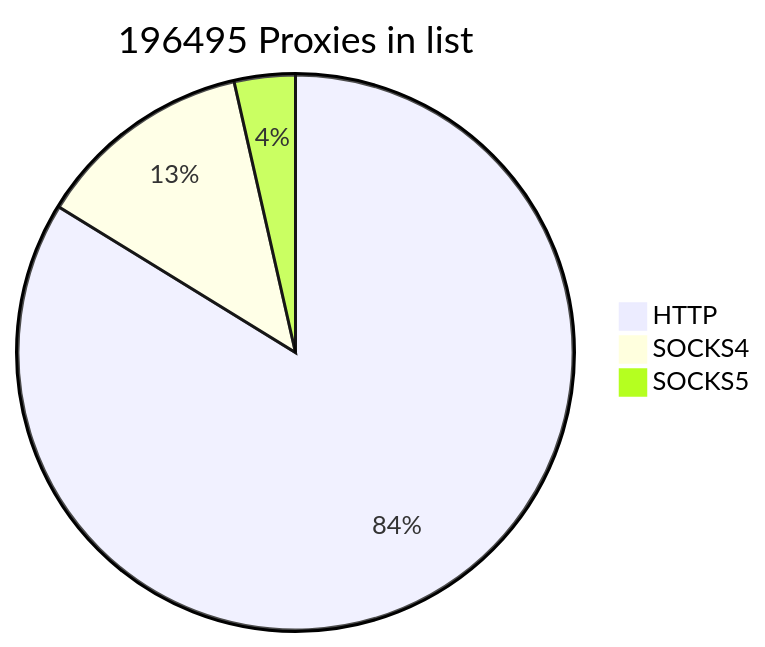
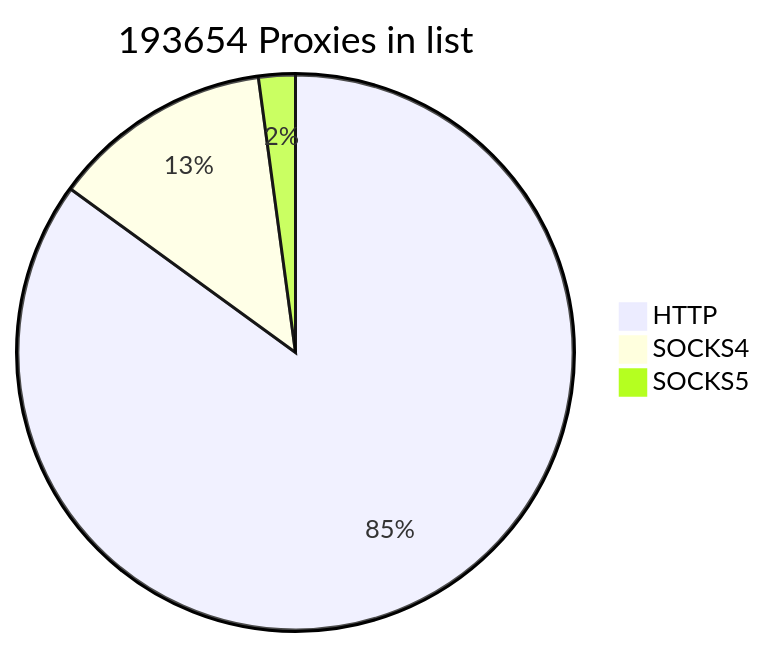
The first of 2 diagrams in README.md (cutipu/proxylist), drawn with Mermaid before and after one commit. The commit also changed other lines of this file, not shown here.

````diff
--- a/README.md
+++ b/README.md
@@ -2,7 +2,7 @@
 ```mermaid
-pie title 196495 Proxies in list
+pie title 193654 Proxies in list
     "HTTP" : 164616
-    "SOCKS4" : 24903
-    "SOCKS5" : 6976
+    "SOCKS4" : 24899
+    "SOCKS5" : 4139
             
 ```
````
